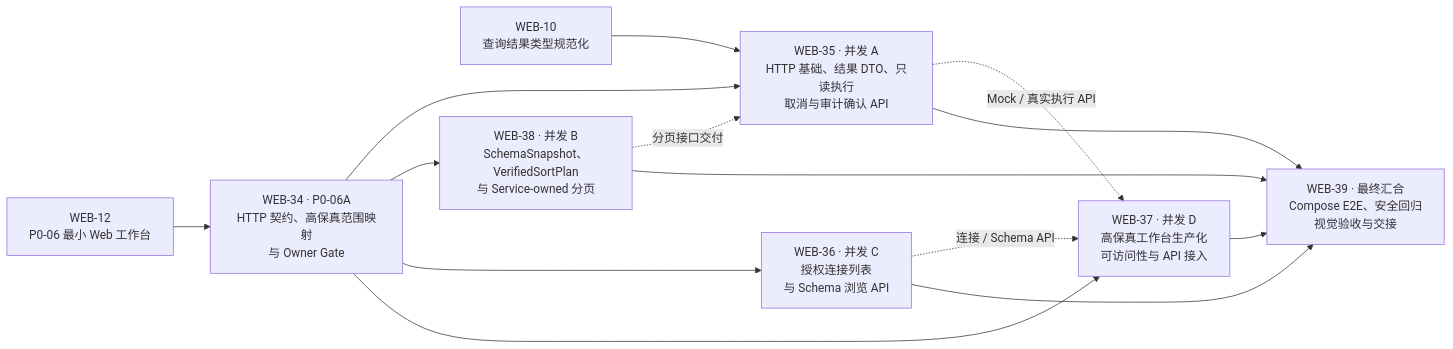
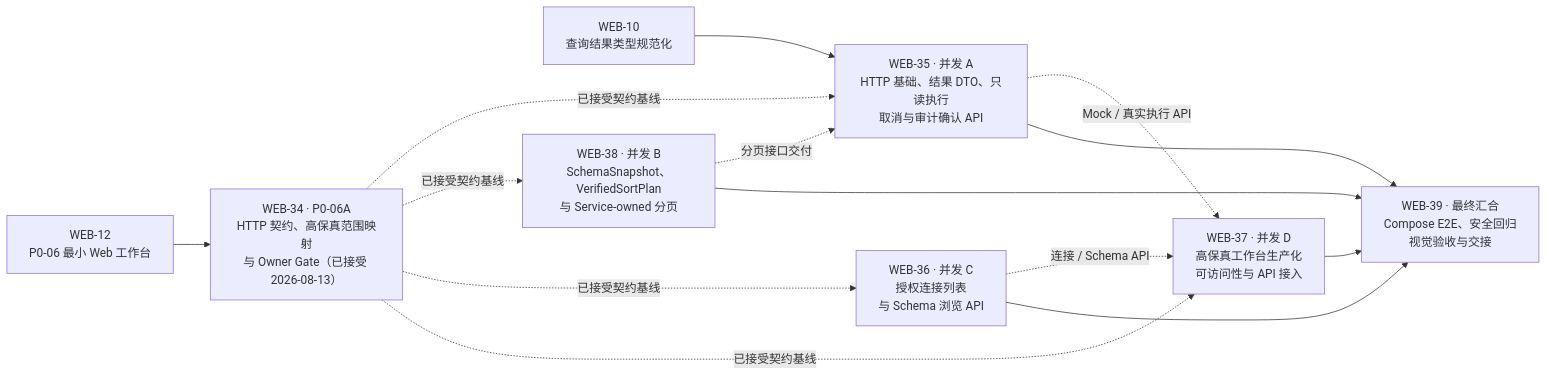
The diagram in docs/tasks/P0-06-minimal-web-workbench.md (fujiabao89/WebDB), drawn with Mermaid before and after one commit. The commit also changed other lines of this file and 2 other files, not shown here.

First line of the commit message:
docs(WEB-34): 将 WEB-34 标注为已接受基线，移除过时的 Gate 待批准依赖

````diff
--- a/docs/tasks/P0-06-minimal-web-workbench.md
+++ b/docs/tasks/P0-06-minimal-web-workbench.md
@@ -24,35 +24,35 @@
 ```mermaid
 flowchart LR
     ROOT["WEB-12<br/>P0-06 最小 Web 工作台"]
 
-    G["WEB-34 · P0-06A<br/>HTTP 契约、高保真范围映射<br/>与 Owner Gate"]
+    G["WEB-34 · P0-06A<br/>HTTP 契约、高保真范围映射<br/>与 Owner Gate（已接受 2026-08-13）"]
 
     R["WEB-10<br/>查询结果类型规范化"]
 
     A["WEB-35 · 并发 A<br/>HTTP 基础、结果 DTO、只读执行<br/>取消与审计确认 API"]
 
     B["WEB-38 · 并发 B<br/>SchemaSnapshot、VerifiedSortPlan<br/>与 Service-owned 分页"]
 
     C["WEB-36 · 并发 C<br/>授权连接列表<br/>与 Schema 浏览 API"]
 
     D["WEB-37 · 并发 D<br/>高保真工作台生产化<br/>可访问性与 API 接入"]
 
     X["WEB-39 · 最终汇合<br/>Compose E2E、安全回归<br/>视觉验收与交接"]
 
     ROOT --> G
 
-    G --> A
-    G --> B
-    G --> C
-    G --> D
+    G -. "已接受契约基线" .-> A
+    G -. "已接受契约基线" .-> B
+    G -. "已接受契约基线" .-> C
+    G -. "已接受契约基线" .-> D
 
     R --> A
     B -. "分页接口交付" .-> A
     A -. "Mock / 真实执行 API" .-> D
     C -. "连接 / Schema API" .-> D
 
     A --> X
     B --> X
     C --> X
     D --> X
 ```
````
